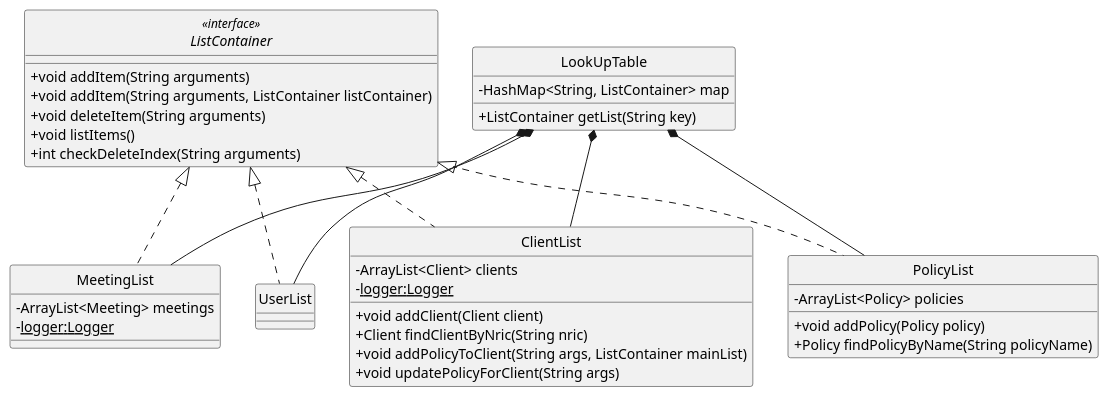
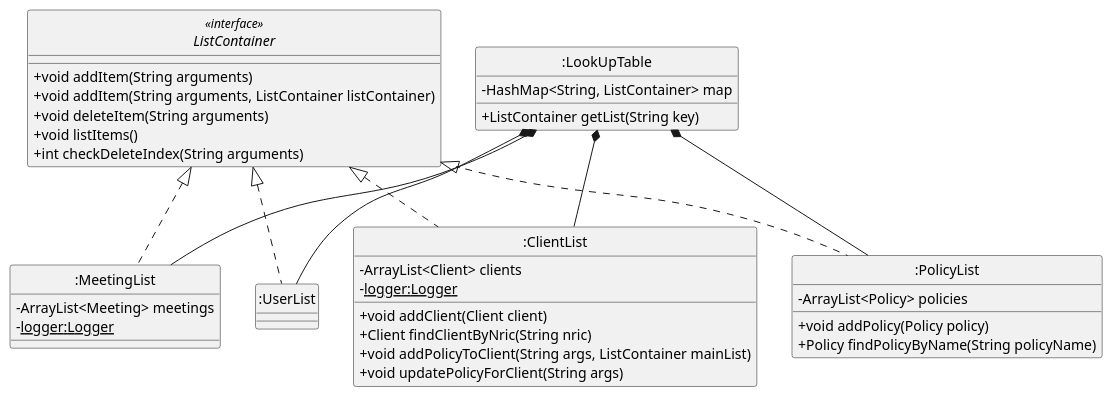
One commit to ZT712002/tp changed the diagram in docs/umldiagrams/lookuptable.puml. Above: the diagram before and after it, drawn with PlantUML. The commit also changed 4 other files, not shown here.

```diff
--- a/docs/umldiagrams/lookuptable.puml
+++ b/docs/umldiagrams/lookuptable.puml
@@ -1,50 +1,50 @@
 @startuml
 skinparam classAttributeIconSize 0
 skinparam classOperationIconSize 0
 skinparam stereotypePosition top
 skinparam interfaceStereotype "interface"
 hide circle
 
 
 interface ListContainer <<interface>> {
   + void addItem(String arguments)
   + void addItem(String arguments, ListContainer listContainer)
   + void deleteItem(String arguments)
   + void listItems()
   + int checkDeleteIndex(String arguments)
 }
 
-class ClientList implements ListContainer {
+class :ClientList implements ListContainer {
   - ArrayList<Client> clients
   - <u>logger:Logger </u>
   + void addClient(Client client)
   + Client findClientByNric(String nric)
   + void addPolicyToClient(String args, ListContainer mainList)
   + void updatePolicyForClient(String args)
 }
 
-class PolicyList implements ListContainer {
+class :PolicyList implements ListContainer {
   - ArrayList<Policy> policies
   + void addPolicy(Policy policy)
   + Policy findPolicyByName(String policyName)
 }
 
-class MeetingList implements ListContainer {
+class :MeetingList implements ListContainer {
   - ArrayList<Meeting> meetings
   - <u>logger:Logger </u>
 }
 
-class UserList implements ListContainer {
+class :UserList implements ListContainer {
 
 }
 
-class LookUpTable {
+class :LookUpTable {
   - HashMap<String, ListContainer> map
   + ListContainer getList(String key)
 }
 
-LookUpTable *-- MeetingList
-LookUpTable *-- UserList
-LookUpTable *-- ClientList
-LookUpTable *-- PolicyList
+":LookUpTable" *-- ":MeetingList"
+":LookUpTable" *-- ":UserList"
+":LookUpTable" *-- ":ClientList"
+":LookUpTable" *-- ":PolicyList"
 @enduml
```
